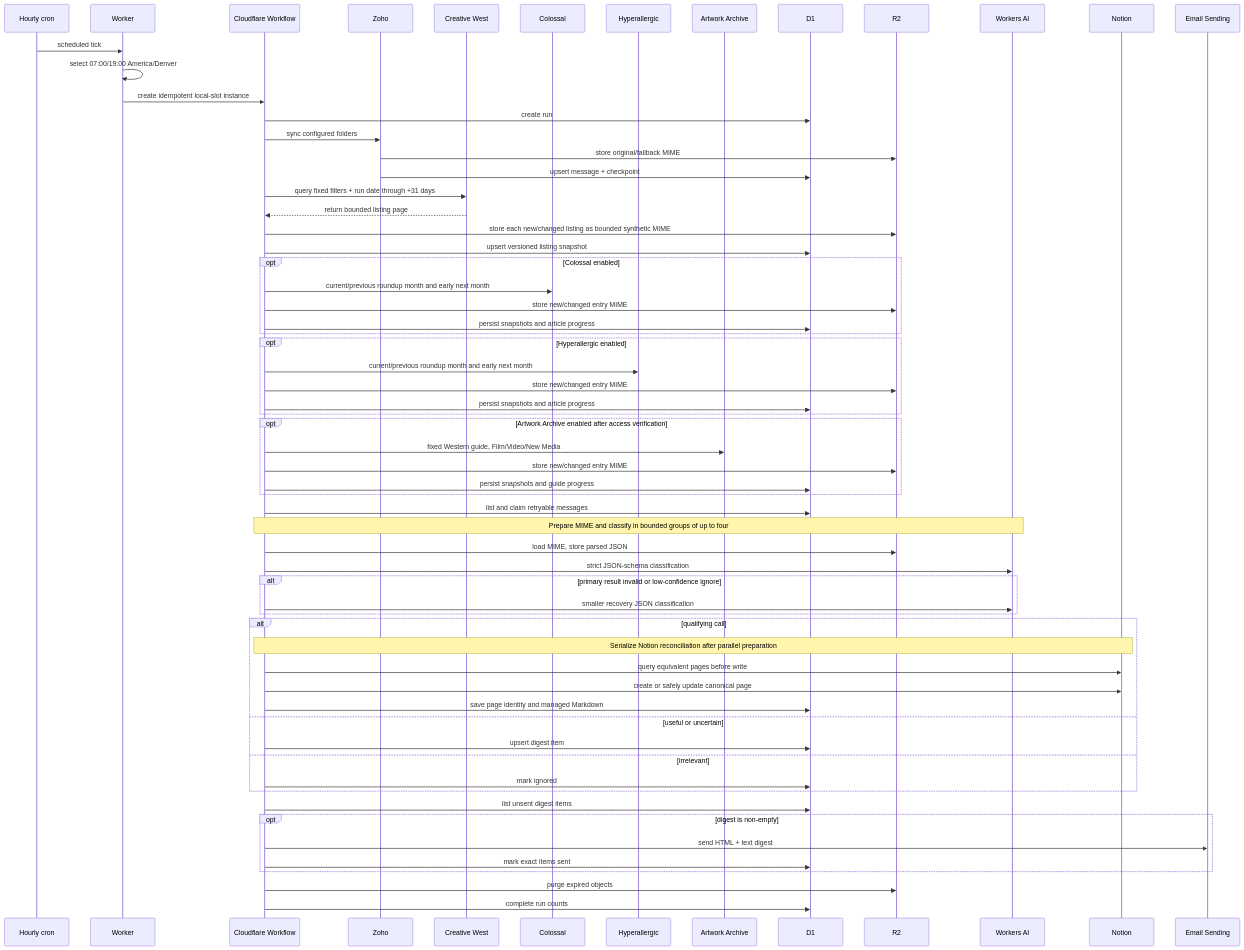
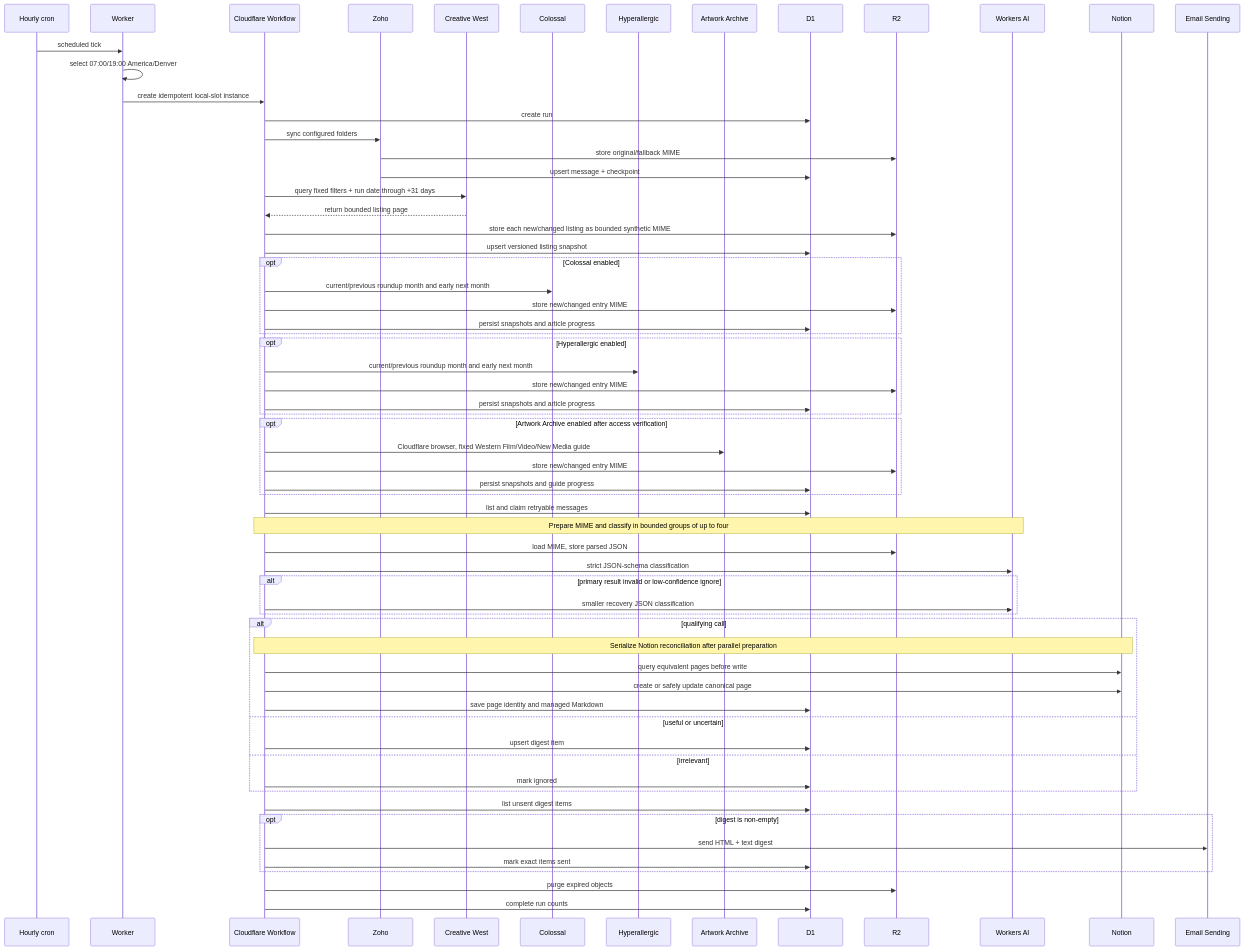
One commit to aindaco1/dust-wave-opportunity-radar changed the diagram in docs/ARCHITECTURE.md. Above: the diagram before and after it, drawn with Mermaid. The commit also changed other lines of this file and 20 other files, not shown here.

Commit message:
Restore Artwork Archive ingestion through Cloudflare hosted browser (#82)

````diff
--- a/docs/ARCHITECTURE.md
+++ b/docs/ARCHITECTURE.md
@@ -29,67 +29,67 @@
 ```mermaid
 sequenceDiagram
   participant Cron as Hourly cron
   participant Worker
   participant Flow as Cloudflare Workflow
   participant Zoho
   participant CW as Creative West
   participant Colossal
   participant Hyperallergic
   participant Artwork as Artwork Archive
   participant D1
   participant R2
   participant AI as Workers AI
   participant Notion
   participant Email as Email Sending
 
   Cron->>Worker: scheduled tick
   Worker->>Worker: select 07:00/19:00 America/Denver
   Worker->>Flow: create idempotent local-slot instance
   Flow->>D1: create run
   Flow->>Zoho: sync configured folders
   Zoho->>R2: store original/fallback MIME
   Zoho->>D1: upsert message + checkpoint
   Flow->>CW: query fixed filters + run date through +31 days
   CW-->>Flow: return bounded listing page
   Flow->>R2: store each new/changed listing as bounded synthetic MIME
   Flow->>D1: upsert versioned listing snapshot
   opt Colossal enabled
     Flow->>Colossal: current/previous roundup month and early next month
     Flow->>R2: store new/changed entry MIME
     Flow->>D1: persist snapshots and article progress
   end
   opt Hyperallergic enabled
     Flow->>Hyperallergic: current/previous roundup month and early next month
     Flow->>R2: store new/changed entry MIME
     Flow->>D1: persist snapshots and article progress
   end
   opt Artwork Archive enabled after access verification
-    Flow->>Artwork: fixed Western guide, Film/Video/New Media
+    Flow->>Artwork: Cloudflare browser, fixed Western Film/Video/New Media guide
     Flow->>R2: store new/changed entry MIME
     Flow->>D1: persist snapshots and guide progress
   end
   Flow->>D1: list and claim retryable messages
   Note over Flow,AI: Prepare MIME and classify in bounded groups of up to four
   Flow->>R2: load MIME, store parsed JSON
   Flow->>AI: strict JSON-schema classification
   alt primary result invalid or low-confidence ignore
     Flow->>AI: smaller recovery JSON classification
   end
   alt qualifying call
     Note over Flow,Notion: Serialize Notion reconciliation after parallel preparation
     Flow->>Notion: query equivalent pages before write
     Flow->>Notion: create or safely update canonical page
     Flow->>D1: save page identity and managed Markdown
   else useful or uncertain
     Flow->>D1: upsert digest item
   else irrelevant
     Flow->>D1: mark ignored
   end
   Flow->>D1: list unsent digest items
   opt digest is non-empty
     Flow->>Email: send HTML + text digest
     Flow->>D1: mark exact items sent
   end
   Flow->>R2: purge expired objects
   Flow->>D1: complete run counts
 ```
````
